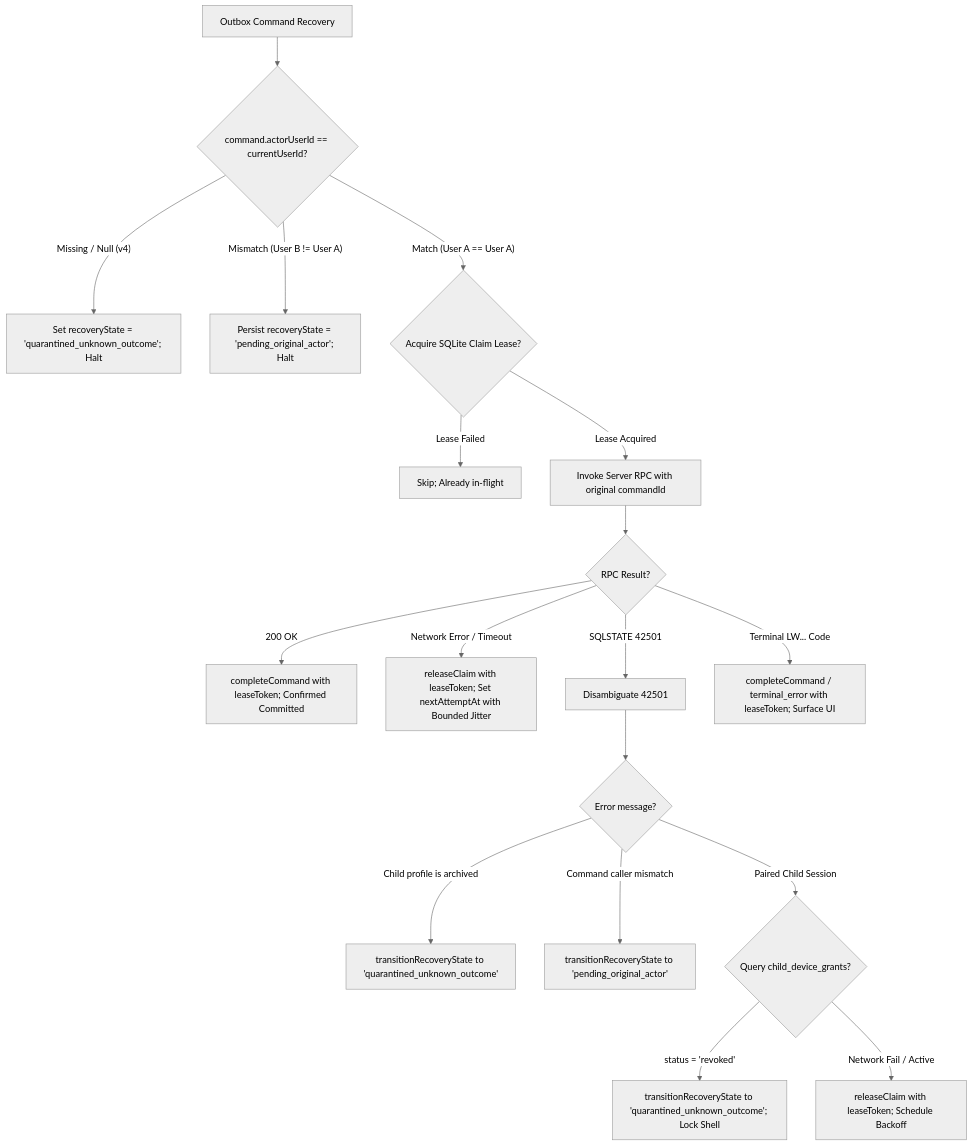
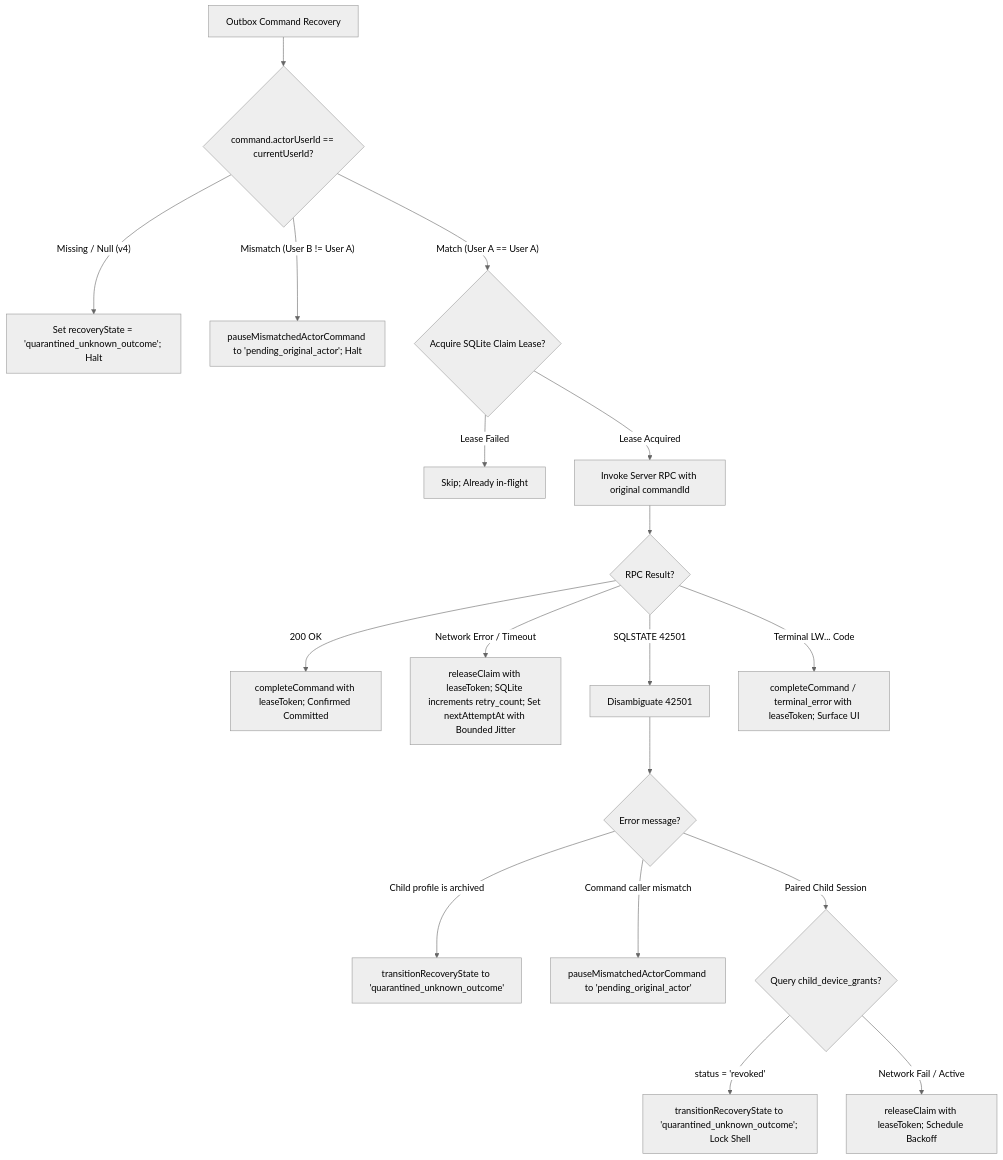
One commit to thedusk4203/LearnWard changed the second of 3 diagrams in docs/18-phase-6-actor-aware-offline-recovery-readiness-review.md. Above: the diagram before and after it, drawn with Mermaid (neutral theme). The commit also changed other lines of this file, not shown here.

Commit message:
docs(phase-6): specify atomic CAS transitions for actor mismatch and original actor resumption

````diff
--- a/docs/18-phase-6-actor-aware-offline-recovery-readiness-review.md
+++ b/docs/18-phase-6-actor-aware-offline-recovery-readiness-review.md
@@ -235,23 +273,23 @@
 ```mermaid
 flowchart TD
     Start[Outbox Command Recovery] --> CheckActor{command.actorUserId == currentUserId?}
     CheckActor -- Missing / Null (v4) --> QuarantineV4[Set recoveryState = 'quarantined_unknown_outcome'; Halt]
-    CheckActor -- Mismatch (User B != User A) --> PauseActor[Persist recoveryState = 'pending_original_actor'; Halt]
+    CheckActor -- Mismatch (User B != User A) --> PauseActor[pauseMismatchedActorCommand to 'pending_original_actor'; Halt]
     CheckActor -- Match (User A == User A) --> CheckLease{Acquire SQLite Claim Lease?}
     CheckLease -- Lease Failed --> Yield[Skip; Already in-flight]
     CheckLease -- Lease Acquired --> DispatchRPC[Invoke Server RPC with original commandId]
     
     DispatchRPC --> CheckResult{RPC Result?}
     CheckResult -- 200 OK --> CommitSuccess[completeCommand with leaseToken; Confirmed Committed]
-    CheckResult -- Network Error / Timeout --> Backoff[releaseClaim with leaseToken; Set nextAttemptAt with Bounded Jitter]
+    CheckResult -- Network Error / Timeout --> Backoff[releaseClaim with leaseToken; SQLite increments retry_count; Set nextAttemptAt with Bounded Jitter]
     CheckResult -- SQLSTATE 42501 --> Disambiguate42501[Disambiguate 42501]
     CheckResult -- Terminal LW... Code --> Terminate[completeCommand / terminal_error with leaseToken; Surface UI]
     
     Disambiguate42501 --> CheckMsg{Error message?}
     CheckMsg -- Child profile is archived --> ChildArchived[transitionRecoveryState to 'quarantined_unknown_outcome']
-    CheckMsg -- Command caller mismatch --> PauseMismatch[transitionRecoveryState to 'pending_original_actor']
+    CheckMsg -- Command caller mismatch --> PauseMismatch[pauseMismatchedActorCommand to 'pending_original_actor']
     CheckMsg -- Paired Child Session --> CheckGrant{Query child_device_grants?}
     
     CheckGrant -- status = 'revoked' --> DeviceRevoked[transitionRecoveryState to 'quarantined_unknown_outcome'; Lock Shell]
     CheckGrant -- Network Fail / Active --> PauseActive[releaseClaim with leaseToken; Schedule Backoff]
 ```
````
